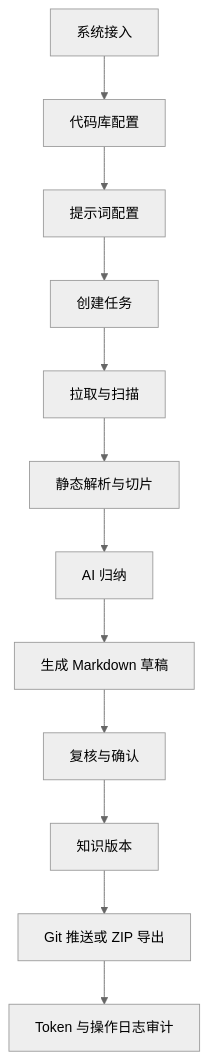
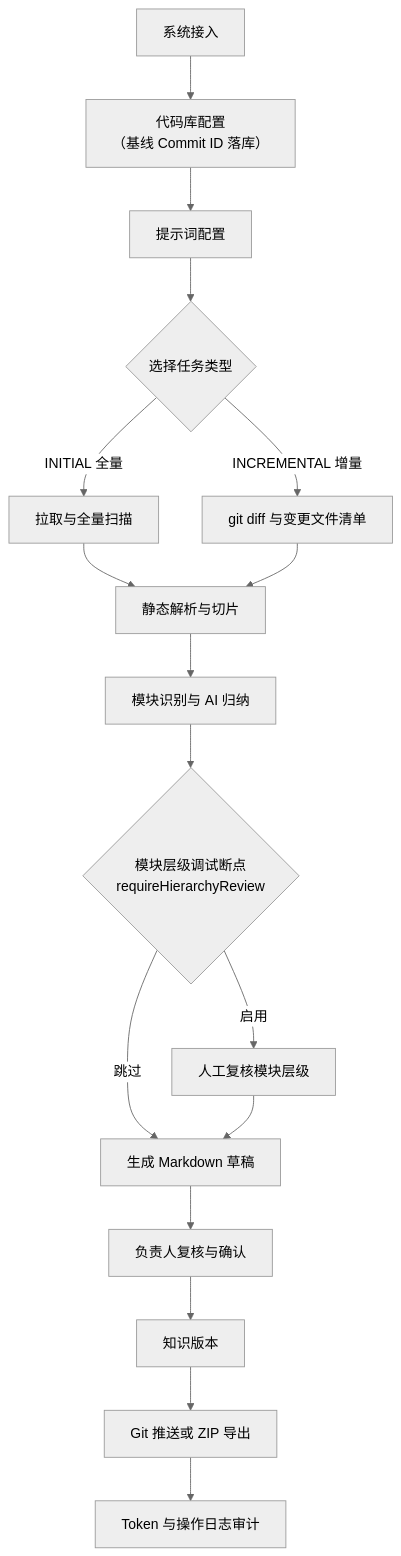
The diagram in CLAUDE.md (batchen57/CodeInsightPlatform), drawn with Mermaid (neutral theme) before and after one commit. The commit also changed other lines of this file and 2 other files, not shown here.

````diff
--- a/CLAUDE.md
+++ b/CLAUDE.md
@@ -62,7 +64,16 @@
 ```mermaid
 flowchart TD
-    A[系统接入] --> B[代码库配置] --> C[提示词配置] --> D[创建任务]
-    D --> E[拉取与扫描] --> F[静态解析与切片] --> G[AI 归纳]
-    G --> H[生成 Markdown 草稿] --> I[复核与确认] --> J[知识版本]
-    J --> K[Git 推送或 ZIP 导出] --> L[Token 与操作日志审计]
+    A[系统接入] --> B[代码库配置<br/>（基线 Commit ID 落库）] --> C[提示词配置]
+    C --> D{选择任务类型}
+    D -- INITIAL 全量 --> E[拉取与全量扫描]
+    D -- INCREMENTAL 增量 --> E2[git diff 与变更文件清单]
+    E --> F[静态解析与切片]
+    E2 --> F
+    F --> G[模块识别与 AI 归纳]
+    G --> H{模块层级调试断点<br/>requireHierarchyReview}
+    H -- 启用 --> I[人工复核模块层级]
+    H -- 跳过 --> J[生成 Markdown 草稿]
+    I --> J
+    J --> K[负责人复核与确认] --> L[知识版本]
+    L --> M[Git 推送或 ZIP 导出] --> N[Token 与操作日志审计]
 ```
````
